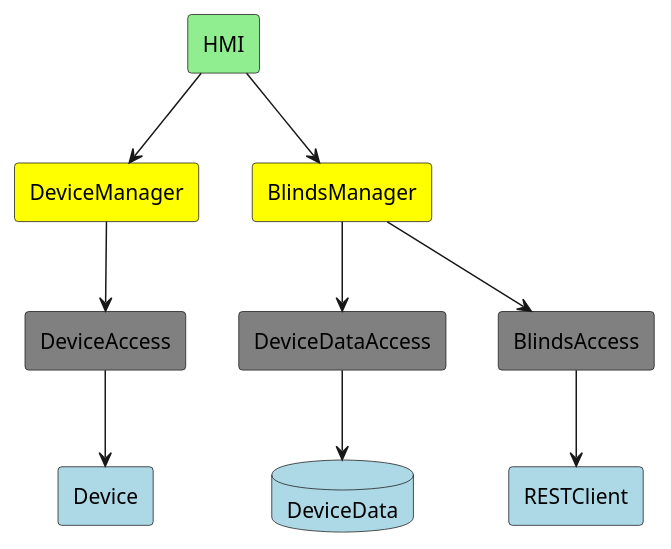
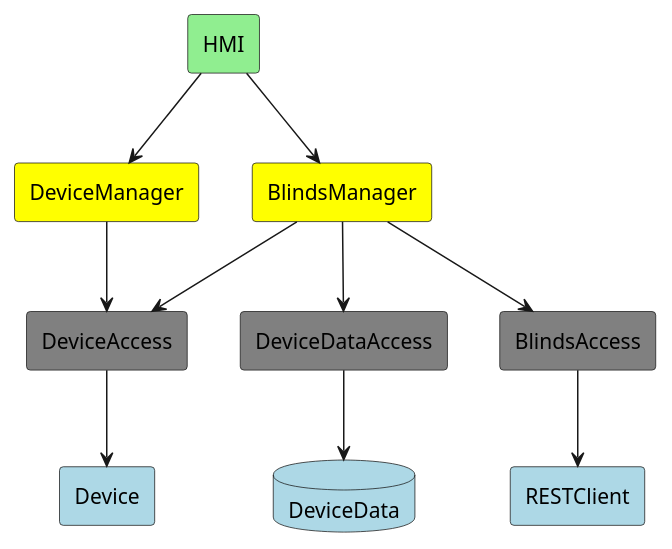
Before and after one commit to k-phi/M5Core2BlindsController: the diagram in documentation/diagrams/component-dependency-chart.puml, drawn with PlantUML. The commit also changed 5 other files, not shown here.

Commit message:
Update architecture according to latest insights

```diff
--- a/documentation/diagrams/component-dependency-chart.puml
+++ b/documentation/diagrams/component-dependency-chart.puml
@@ -1,24 +1,25 @@
 @startuml Static Architecture
 
 skinparam ComponentStyle rectangle
 
 [HMI] #LightGreen
 [DeviceManager] #Yellow
 [BlindsManager] #Yellow   
 [DeviceDataAccess] #Grey
 [DeviceAccess] #Grey
 [BlindsAccess] #Grey
 database DeviceData #LightBlue
 [RESTClient] #LightBlue
 [Device] #LightBlue
 
 HMI --> DeviceManager
 HMI --> BlindsManager
 DeviceManager --> DeviceAccess
 BlindsManager --> DeviceDataAccess
 BlindsManager --> BlindsAccess
+BlindsManager --> DeviceAccess
 DeviceAccess --> Device
 DeviceDataAccess --> DeviceData
 BlindsAccess --> RESTClient
 
 @enduml
```
